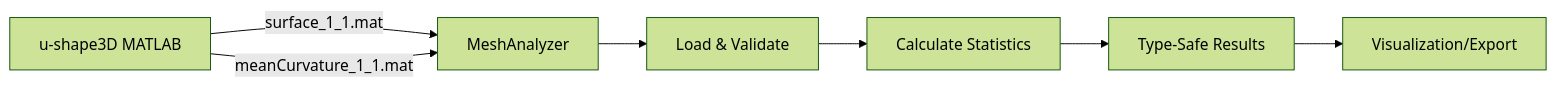
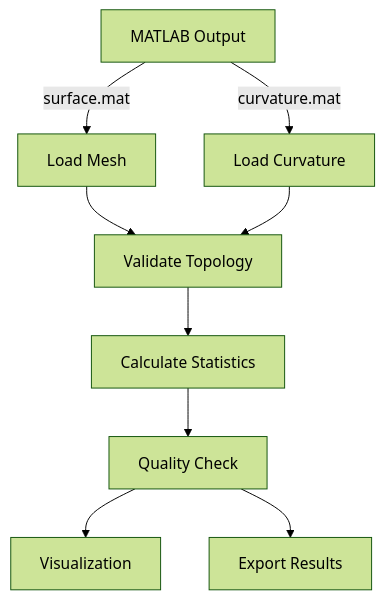
One commit to philius19/CellAnalyzer changed the diagram in README.md. Above: the diagram before and after it, drawn with Mermaid (forest theme). The commit also changed other lines of this file and 81 other files, not shown here.

````diff
--- a/README.md
+++ b/README.md
@@ -160,9 +78,11 @@
 ```mermaid
-graph LR
-    A[u-shape3D MATLAB] -->|surface_1_1.mat| B[MeshAnalyzer]
-    A -->|meanCurvature_1_1.mat| B
-    B --> C[Load & Validate]
-    C --> D[Calculate Statistics]
-    D --> E[Type-Safe Results]
-    E --> F[Visualization/Export]
+graph TD
+    A[MATLAB Output] -->|surface.mat| B[Load Mesh]
+    A -->|curvature.mat| C[Load Curvature]
+    B --> D[Validate Topology]
+    C --> D
+    D --> E[Calculate Statistics]
+    E --> F[Quality Check]
+    F --> G[Visualization]
+    F --> H[Export Results]
 ```
````
